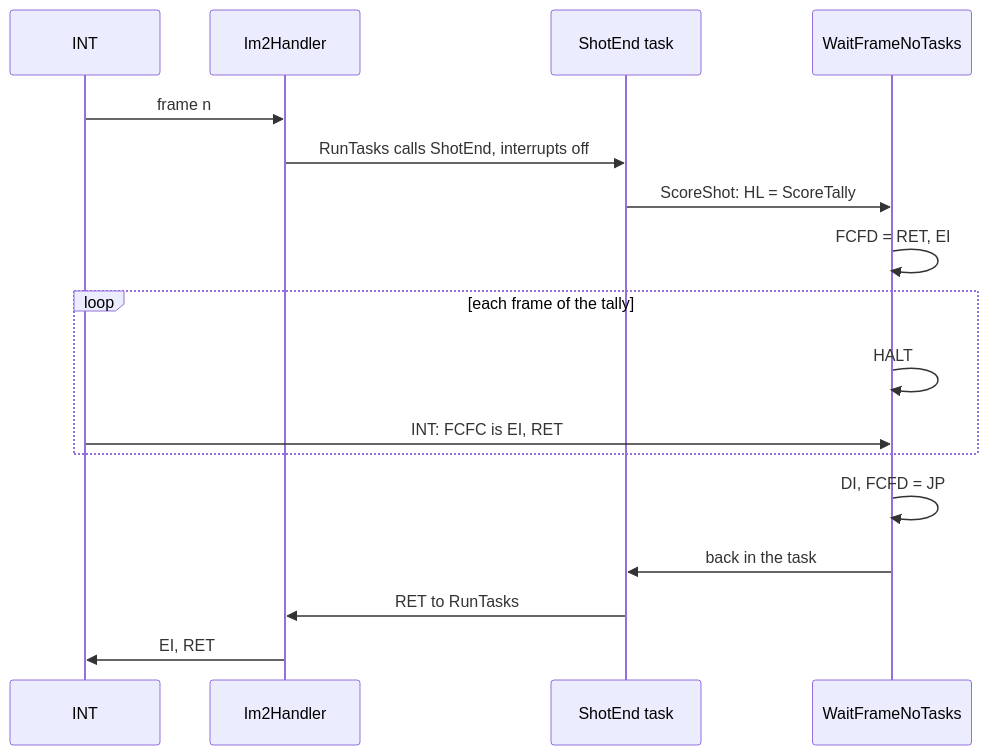
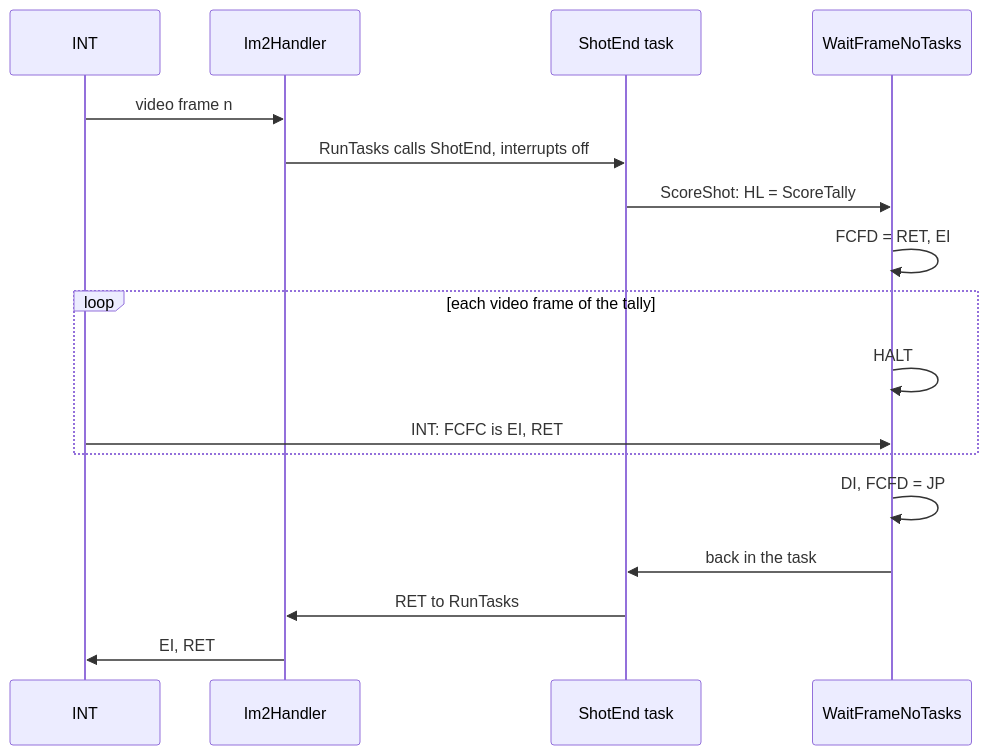
One commit to alfishe/unrealng-reverse-cases changed the fourth of 4 diagrams in games/video-pool/docs/04-game-loop.md. Above: the diagram before and after it, drawn with Mermaid. The commit also changed other lines of this file and 51 other files, not shown here.

Commit message:
Video Pool: review round 1 - 106 findings checked and fixed (canonical shot cost, tally step, BEEPER DE+1, frame-start samples), game.ann descriptions, figures redrawn

````diff
--- a/games/video-pool/docs/04-game-loop.md
+++ b/games/video-pool/docs/04-game-loop.md
@@ -504,19 +510,19 @@
 ```mermaid
 sequenceDiagram
     participant ULA as INT
     participant H as Im2Handler
     participant S as ShotEnd task
     participant W as WaitFrameNoTasks
-    ULA->>H: frame n
+    ULA->>H: video frame n
     H->>S: RunTasks calls ShotEnd, interrupts off
     S->>W: ScoreShot: HL = ScoreTally
     W->>W: FCFD = RET, EI
-    loop each frame of the tally
+    loop each video frame of the tally
         W->>W: HALT
         ULA->>W: INT: FCFC is EI, RET
     end
     W->>W: DI, FCFD = JP
     W->>S: back in the task
     S->>H: RET to RunTasks
     H->>ULA: EI, RET
 ```
````
